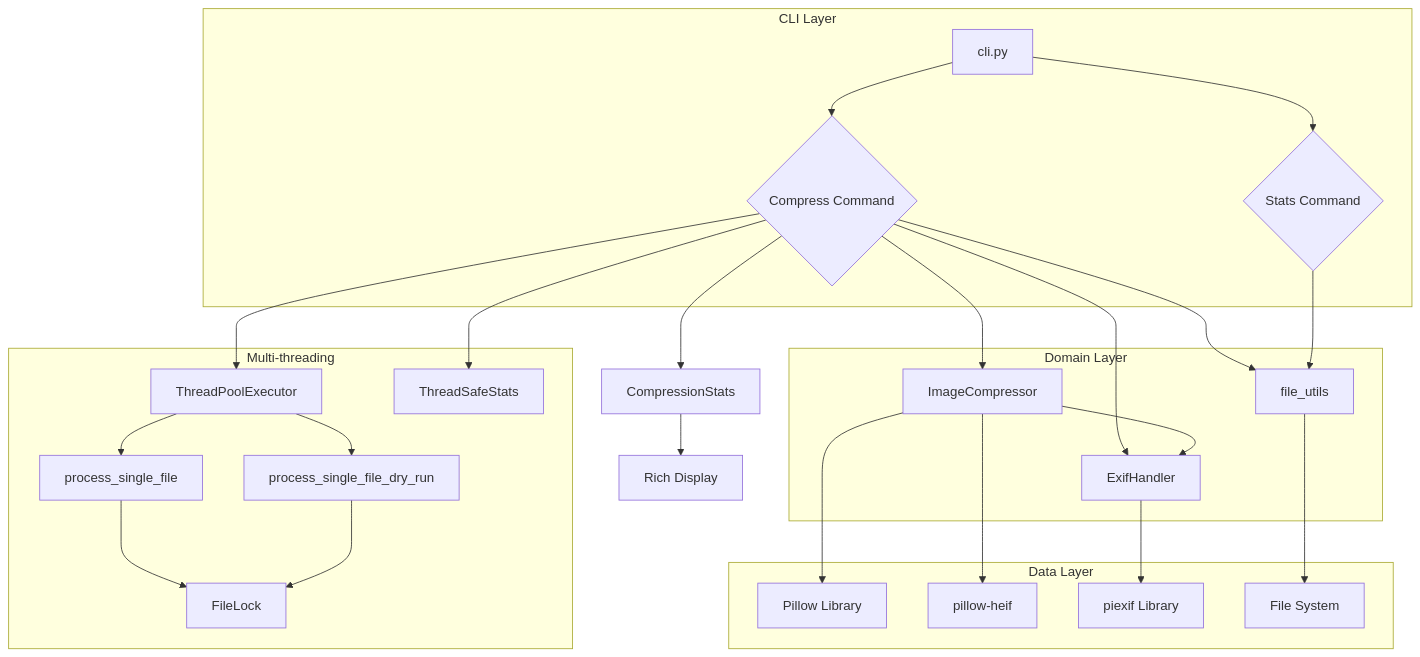
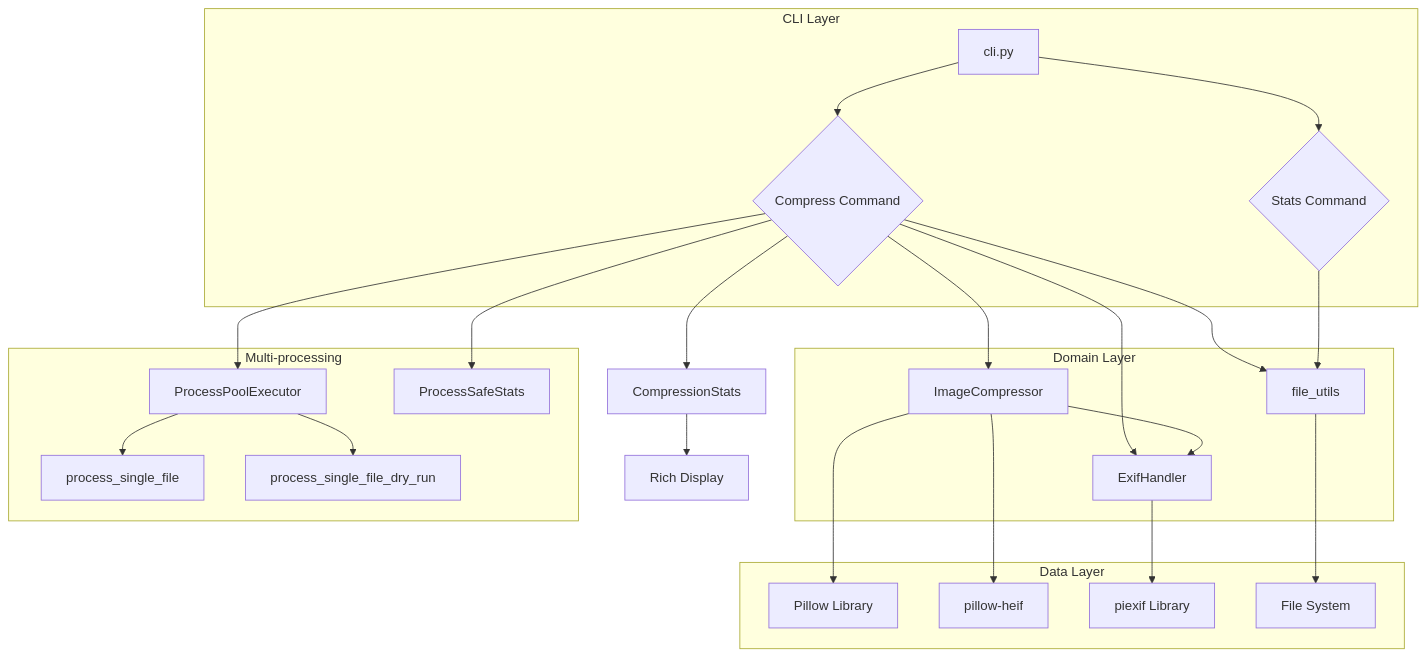
One commit to iiMisha/CompressPhotoFast changed the second of 2 diagrams in .kilocode/rules/memory-bank/architecture.md. Above: the diagram before and after it, drawn with Mermaid. The commit also changed other lines of this file and 4 other files, not shown here.

````diff
--- a/.kilocode/rules/memory-bank/architecture.md
+++ b/.kilocode/rules/memory-bank/architecture.md
@@ -115,34 +113,32 @@
 ```mermaid
 graph TD
     subgraph "CLI Layer"
         A[cli.py] --> B{Compress Command}
         A --> C{Stats Command}
     end
 
     subgraph "Domain Layer"
         B --> D[ImageCompressor]
         B --> E[ExifHandler]
         B --> F[file_utils]
         C --> F
         D --> E
     end
 
-    subgraph "Multi-threading"
-        B --> G[ThreadPoolExecutor]
+    subgraph "Multi-processing"
+        B --> G[ProcessPoolExecutor]
         G --> H[process_single_file]
         G --> I[process_single_file_dry_run]
-        H --> J[FileLock]
-        I --> J
-        B --> K[ThreadSafeStats]
+        B --> K[ProcessSafeStats]
     end
 
     subgraph "Data Layer"
         D --> L[Pillow Library]
         D --> M[pillow-heif]
         E --> N[piexif Library]
         F --> O[File System]
     end
 
     B --> P[CompressionStats]
     P --> Q[Rich Display]
 ```
````
